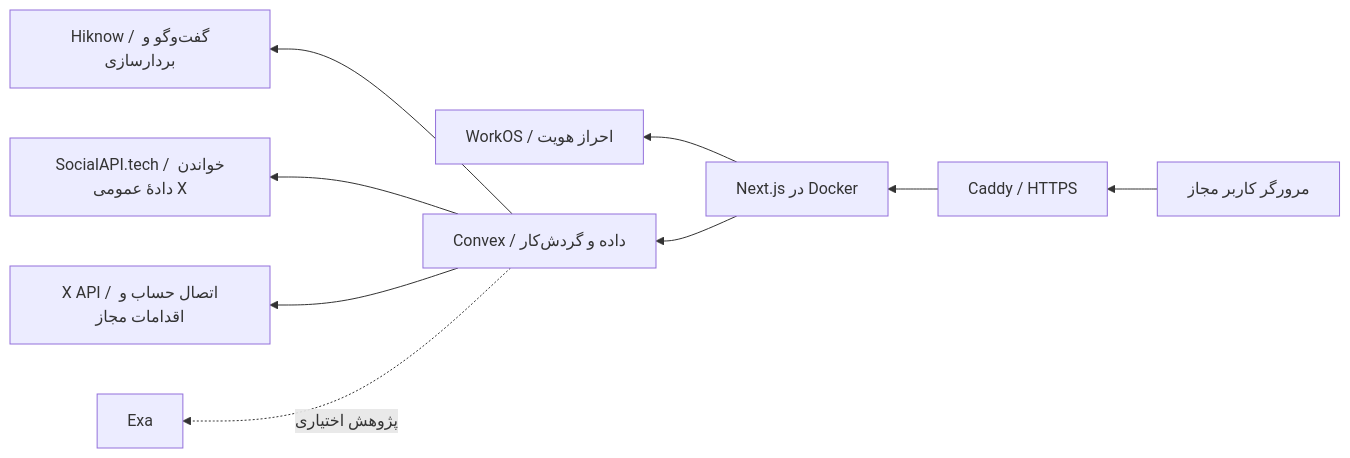
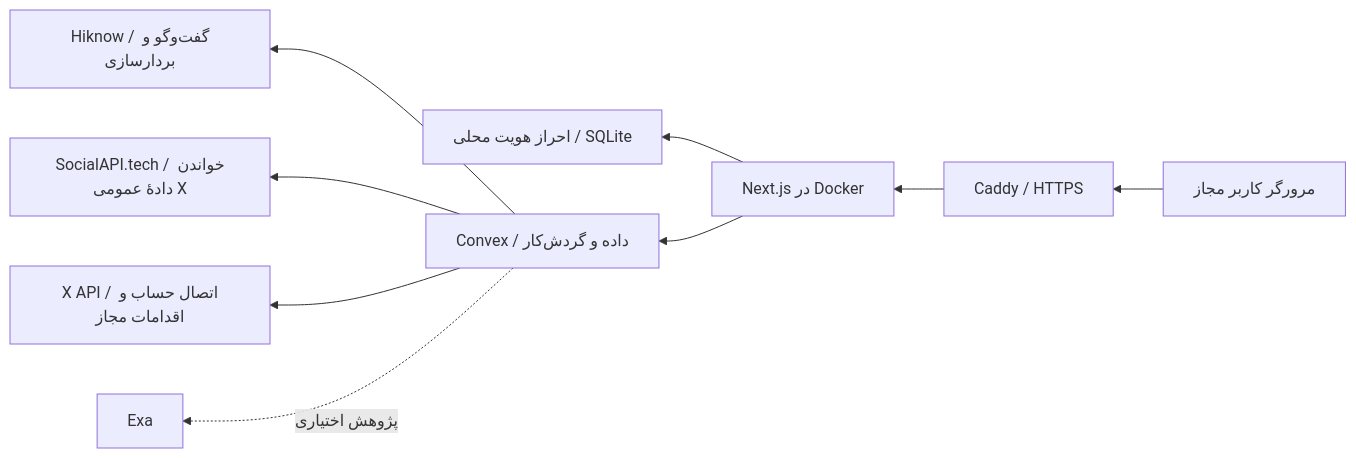
Before and after one commit to KianJanbozorgi/reacher-x: the diagram in docs/technical-architecture-fa.md, drawn with Mermaid. The commit also changed other lines of this file and 54 other files, not shown here.

````diff
--- a/docs/technical-architecture-fa.md
+++ b/docs/technical-architecture-fa.md
@@ -11,11 +11,11 @@
 ```mermaid
 flowchart RL
     U[مرورگر کاربر مجاز] --> C[Caddy / HTTPS]
     C --> N[Next.js در Docker]
-    N --> W[WorkOS / احراز هویت]
+    N --> W[احراز هویت محلی / SQLite]
     N --> V[Convex / داده و گردش‌کار]
     V --> H[Hiknow / گفت‌وگو و بردارسازی]
     V --> S[SocialAPI.tech / خواندن دادهٔ عمومی X]
     V --> X[X API / اتصال حساب و اقدامات مجاز]
     V -. پژوهش اختیاری .-> E[Exa]
 ```
````
